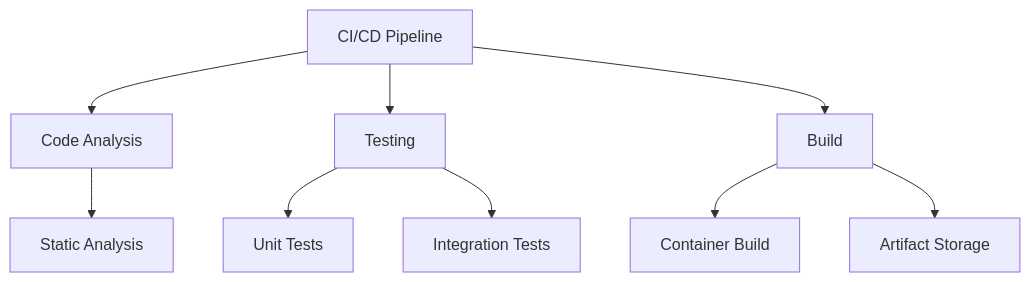
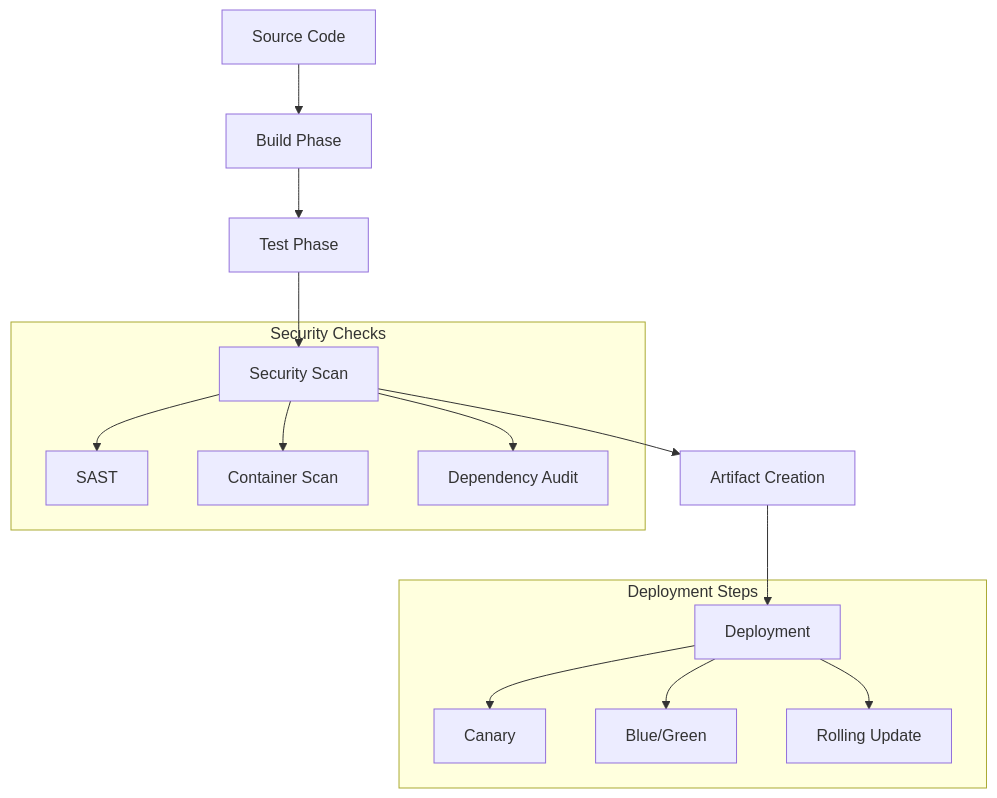
One commit to Distracted-E421/Project-Datapunk changed diagram 12 of 18 in datapunk/docs/development/ROADMAP.md. Above: the diagram before and after it, drawn with Mermaid. The commit also changed other lines of this file, not shown here.

````diff
--- a/datapunk/docs/development/ROADMAP.md
+++ b/datapunk/docs/development/ROADMAP.md
@@ -1693,11 +2270,20 @@
 ```mermaid
 graph TD
-    A[CI/CD Pipeline] --> B[Code Analysis]
-    A --> C[Testing]
-    A --> D[Build]
-    B --> E[Static Analysis]
-    C --> F[Unit Tests]
-    C --> G[Integration Tests]
-    D --> H[Container Build]
-    D --> I[Artifact Storage]
+    A[Source Code] --> B[Build Phase]
+    B --> C[Test Phase]
+    C --> D[Security Scan]
+    D --> E[Artifact Creation]
+    E --> F[Deployment]
+
+    subgraph "Security Checks"
+        D --> D1[SAST]
+        D --> D2[Container Scan]
+        D --> D3[Dependency Audit]
+    end
+
+    subgraph "Deployment Steps"
+        F --> F1[Canary]
+        F --> F2[Blue/Green]
+        F --> F3[Rolling Update]
+    end
 ```
````
